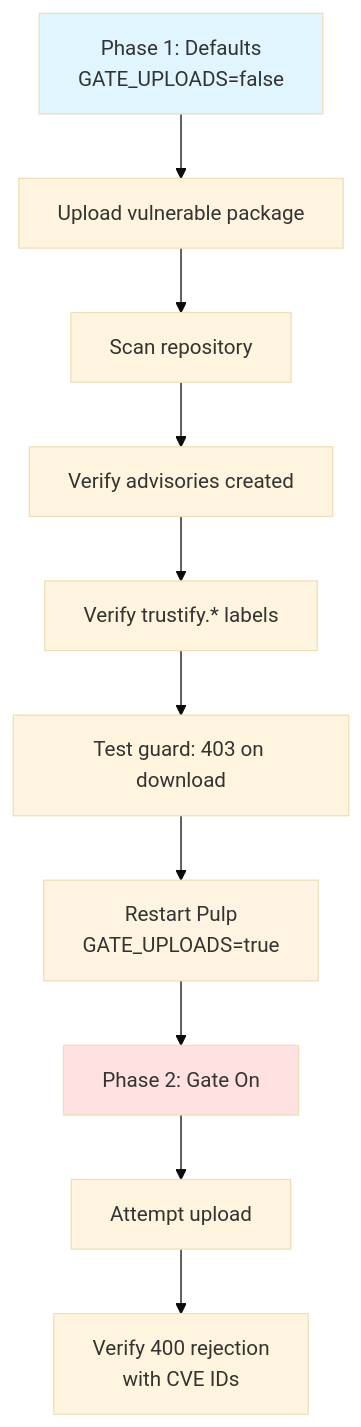
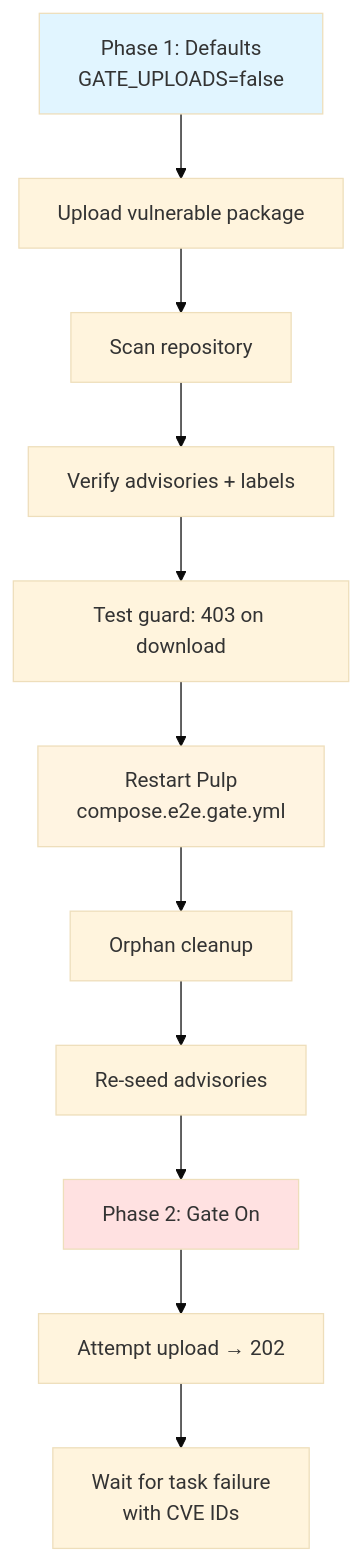
Before and after one commit to otaviof/pulp_trustify: the diagram in tests/README.md, drawn with Mermaid (base theme). The commit also changed other lines of this file and 7 other files, not shown here.

First line of the commit message:
fix(e2e): fix 4 failing E2E tests guard, gate, and infra improvements

````diff
--- a/tests/README.md
+++ b/tests/README.md
@@ -50,16 +56,17 @@
 ```mermaid
 graph TD
     A[Phase 1: Defaults<br/>GATE_UPLOADS=false] --> B[Upload vulnerable package]
     B --> C[Scan repository]
-    C --> D[Verify advisories created]
-    D --> E[Verify trustify.* labels]
-    E --> F[Test guard: 403 on download]
-    F --> G[Restart Pulp<br/>GATE_UPLOADS=true]
-    G --> H[Phase 2: Gate On]
-    H --> I[Attempt upload]
-    I --> J[Verify 400 rejection<br/>with CVE IDs]
+    C --> D[Verify advisories + labels]
+    D --> E[Test guard: 403 on download]
+    E --> F[Restart Pulp<br/>compose.e2e.gate.yml]
+    F --> F1[Orphan cleanup]
+    F1 --> F2[Re-seed advisories]
+    F2 --> G[Phase 2: Gate On]
+    G --> H[Attempt upload → 202]
+    H --> I[Wait for task failure<br/>with CVE IDs]
     
     style A fill:#e1f5ff
-    style H fill:#ffe1e1
-    style G fill:#fff4e1
+    style G fill:#ffe1e1
+    style F fill:#fff4e1
 ```
````
